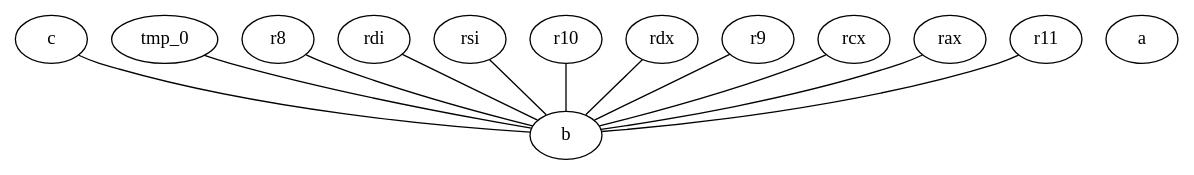
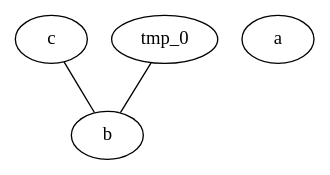
The diagram in blatt4/Graph.gv (mdab98/compilerlabor), drawn with Graphviz before and after one commit. The commit also changed 3 other files, not shown here.

```diff
--- a/blatt4/Graph.gv
+++ b/blatt4/Graph.gv
@@ -1,26 +1,8 @@
 graph {
 	b
 	c
 	tmp_0
 	a
-	r8
-	rdi
-	rsi
-	r10
-	rdx
-	r9
-	rcx
-	rax
-	r11
-	r11 -- b [len=1.5]
+	c -- b [len=1.5]
 	tmp_0 -- b [len=1.5]
-	r8 -- b [len=1.5]
-	rdi -- b [len=1.5]
-	rsi -- b [len=1.5]
-	r10 -- b [len=1.5]
-	rdx -- b [len=1.5]
-	r9 -- b [len=1.5]
-	rcx -- b [len=1.5]
-	rax -- b [len=1.5]
-	c -- b [len=1.5]
 }
```
